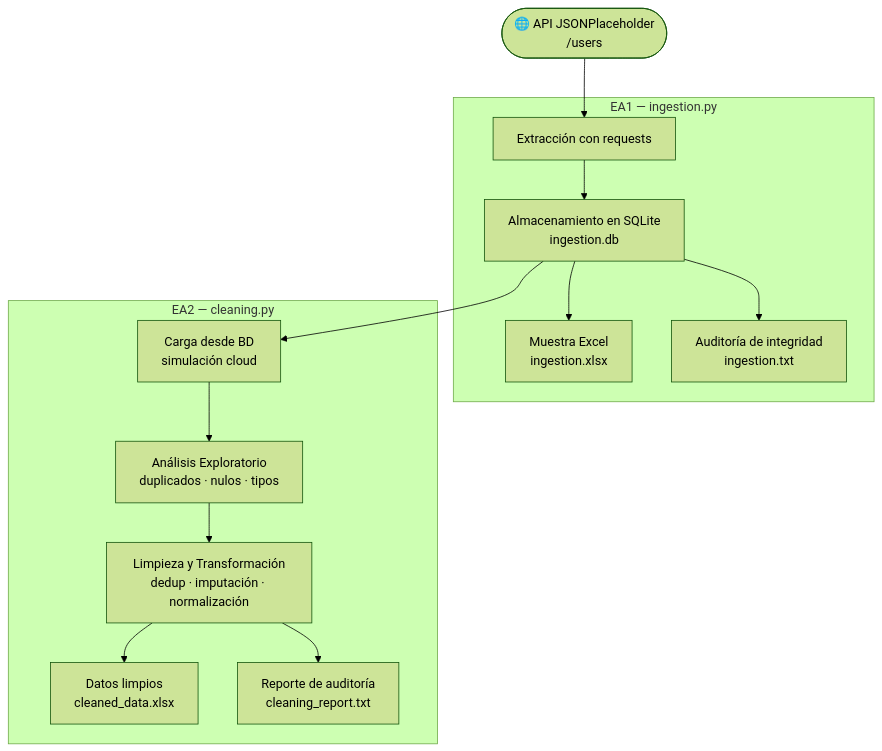
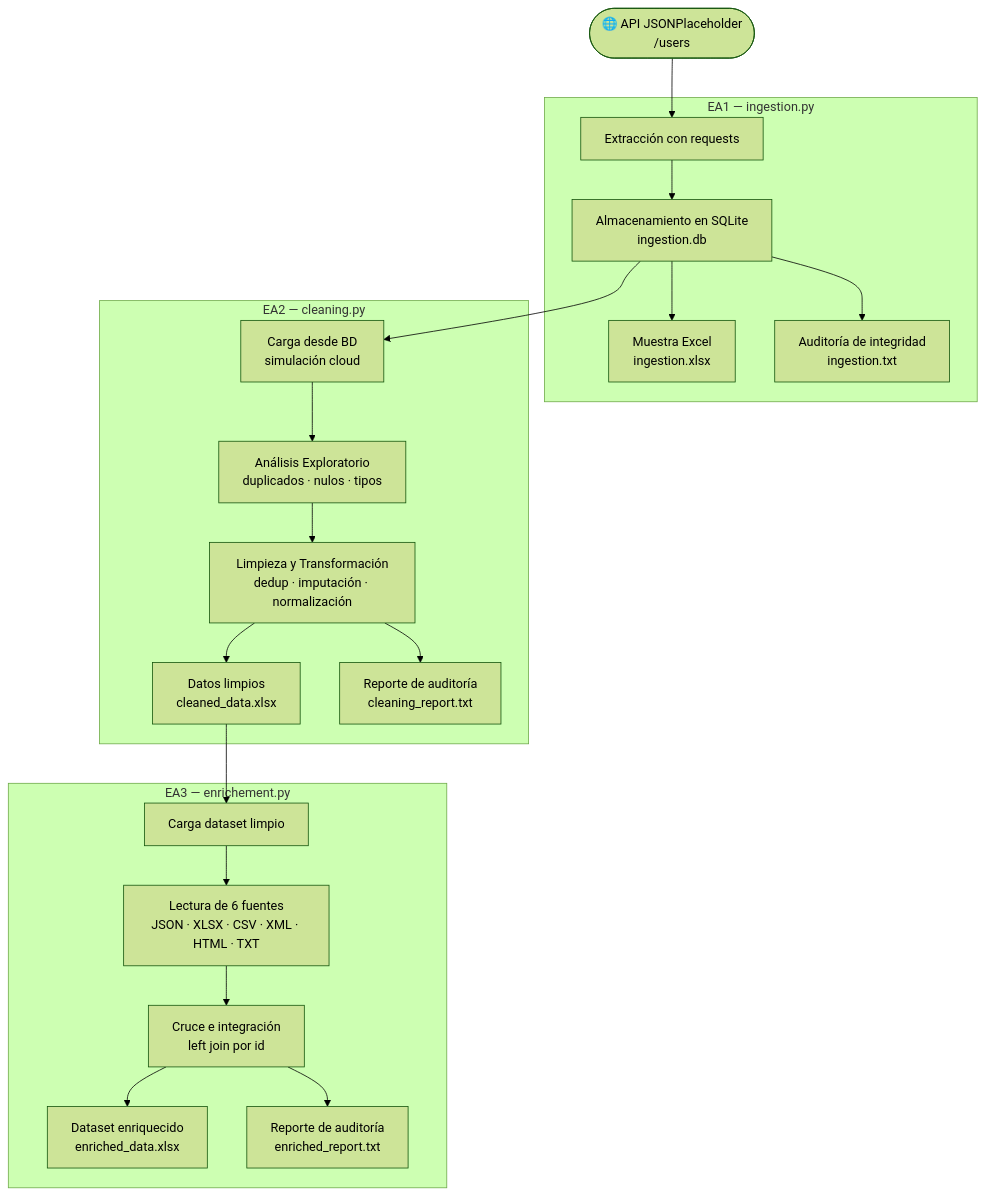
The diagram in README.md (CesarPuentes/EA1-Ingesti-n-de-Datos-desde-un-API), drawn with Mermaid (forest theme) before and after one commit. The commit also changed other lines of this file and 17 other files, not shown here.

````diff
--- a/README.md
+++ b/README.md
@@ -7,20 +7,26 @@
 ```mermaid
 flowchart TD
     A([🌐 API JSONPlaceholder\n/users]) --> B
 
     subgraph EA1["EA1 — ingestion.py"]
         B[Extracción con requests] --> C[Almacenamiento en SQLite\ningestion.db]
         C --> D[Muestra Excel\ningestion.xlsx]
         C --> E[Auditoría de integridad\ningestion.txt]
     end
 
     subgraph EA2["EA2 — cleaning.py"]
         C --> F[Carga desde BD\nsimulación cloud]
         F --> G[Análisis Exploratorio\nduplicados · nulos · tipos]
         G --> H[Limpieza y Transformación\ndedup · imputación · normalización]
         H --> I[Datos limpios\ncleaned_data.xlsx]
         H --> J[Reporte de auditoría\ncleaning_report.txt]
     end
 
-
+    subgraph EA3["EA3 — enrichement.py"]
+        I --> K[Carga dataset limpio]
+        K --> L[Lectura de 6 fuentes\nJSON · XLSX · CSV · XML · HTML · TXT]
+        L --> M[Cruce e integración\nleft join por id]
+        M --> N[Dataset enriquecido\nenriched_data.xlsx]
+        M --> O[Reporte de auditoría\nenriched_report.txt]
+    end
 ```
````
